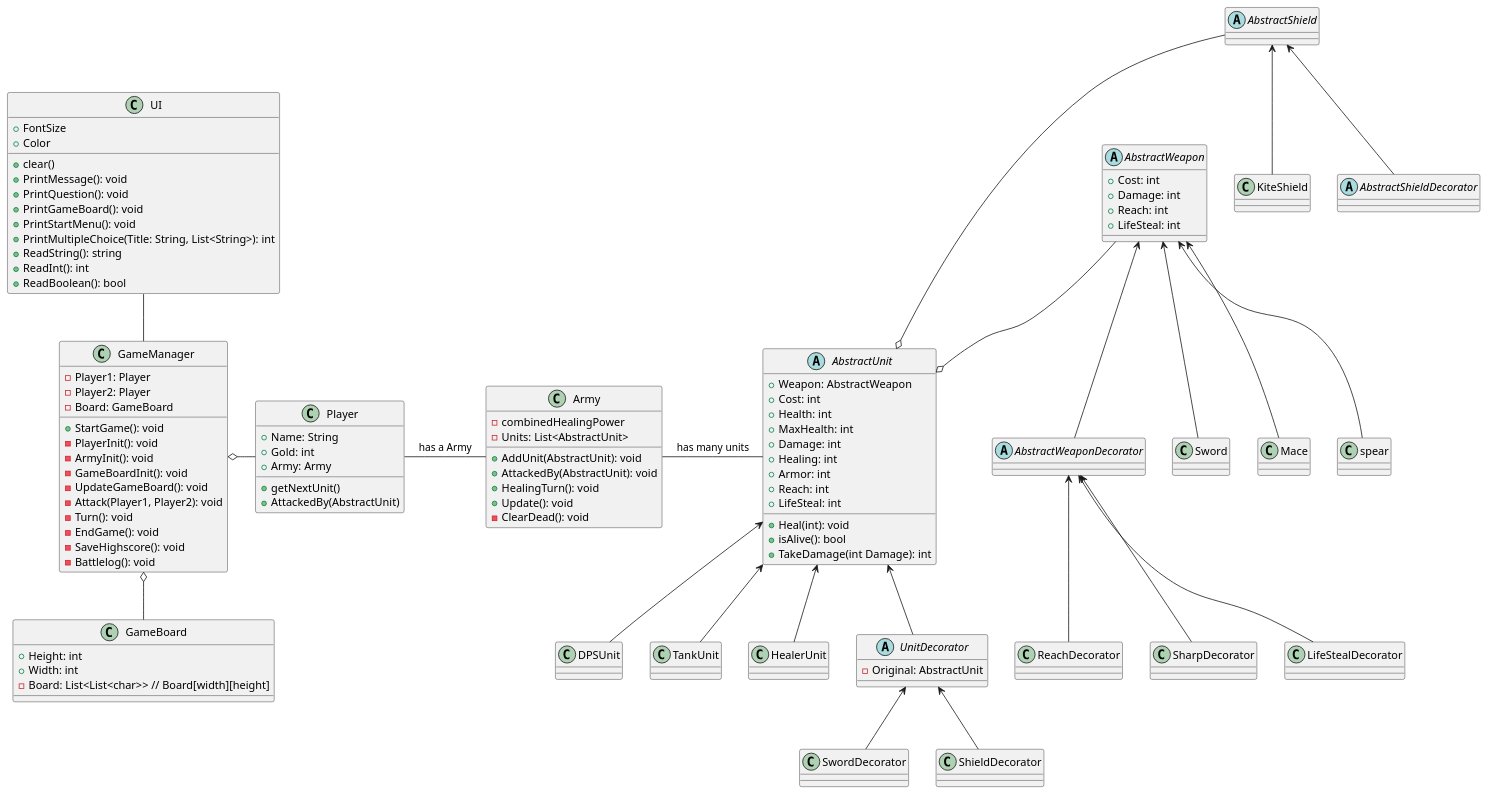
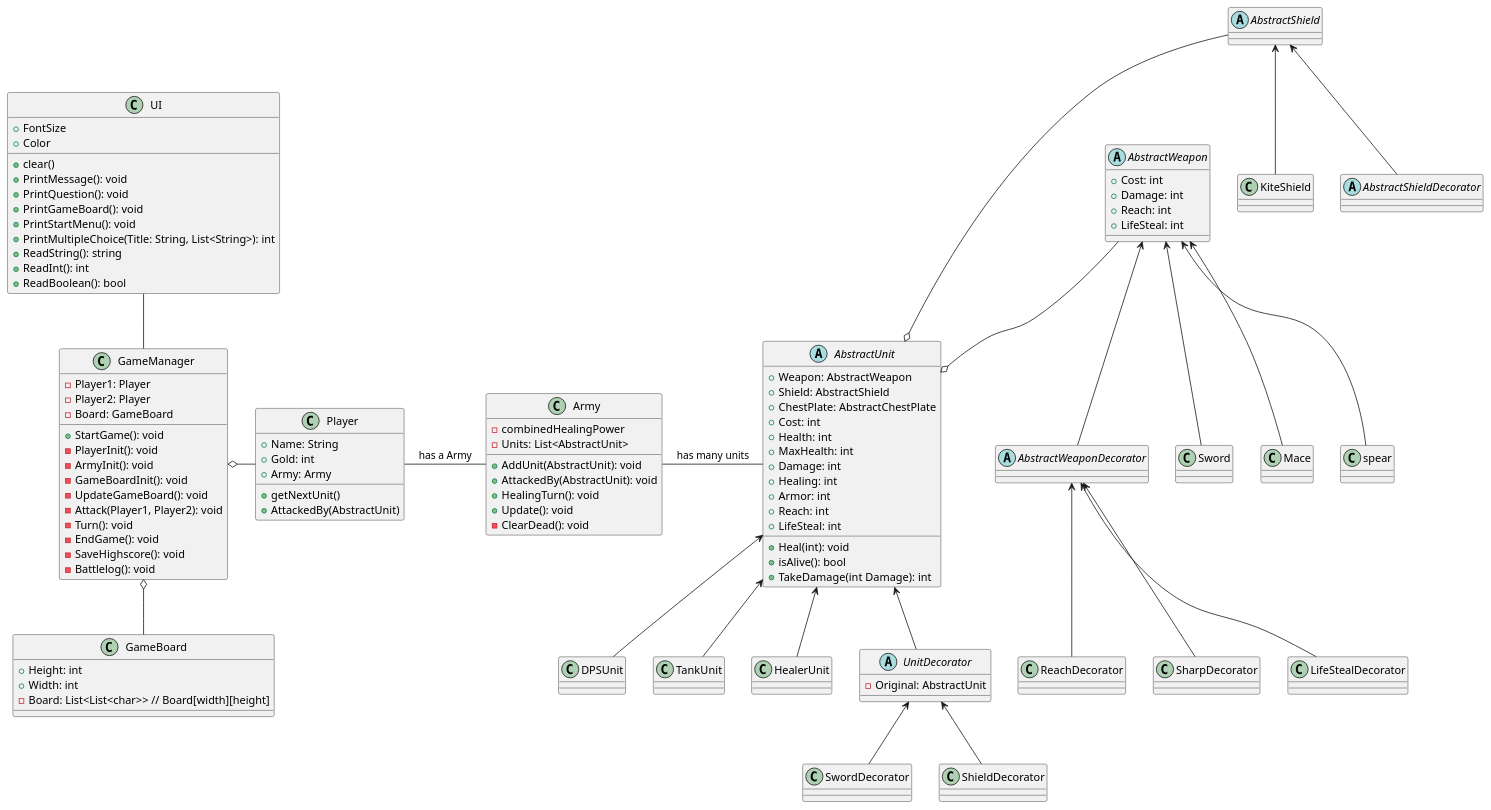
Before and after one commit to Fargekritt/SoftwareDesignEksamen: the diagram in SoftwareDesignEksamen/Eksamen.puml, drawn with PlantUML. The commit also changed 1 other file, not shown here.

Commit message:
Update UML

```diff
--- a/SoftwareDesignEksamen/Eksamen.puml
+++ b/SoftwareDesignEksamen/Eksamen.puml
@@ -1,127 +1,129 @@
 @startuml
 'https://plantuml.com/class-diagram
 class UI{
 + FontSize
 + Color
 + clear()
 + PrintMessage(): void
 + PrintQuestion(): void
 + PrintGameBoard(): void
 + PrintStartMenu(): void
 + PrintMultipleChoice(Title: String, List<String>): int
 + ReadString(): string
 + ReadInt(): int
 + ReadBoolean(): bool
 }
 class GameManager{
 - Player1: Player
 - Player2: Player
 - Board: GameBoard 
 + StartGame(): void
 - PlayerInit(): void
 - ArmyInit(): void
 - GameBoardInit(): void
 - UpdateGameBoard(): void
 - Attack(Player1, Player2): void
 - Turn(): void
 - EndGame(): void
 - SaveHighscore(): void
 - Battlelog(): void
 }
 class GameBoard{
 + Height: int
 + Width: int
 - Board: List<List<char>> // Board[width][height]
 }
 
 
 class Army {
 - combinedHealingPower
 - Units: List<AbstractUnit>
 + AddUnit(AbstractUnit): void
 + AttackedBy(AbstractUnit): void
 + HealingTurn(): void
 + Update(): void
 - ClearDead(): void
 }
 class Player{
 + Name: String
 + Gold: int
 + Army: Army
 + getNextUnit()
 + AttackedBy(AbstractUnit)
 }
 
 abstract class AbstractUnit{
 + Weapon: AbstractWeapon
++ Shield: AbstractShield
++ ChestPlate: AbstractChestPlate
 + Cost: int
 + Health: int
 + MaxHealth: int
 + Damage: int
 + Healing: int
 + Armor: int
 + Reach: int
 + Heal(int): void
 + LifeSteal: int
 + isAlive(): bool
 + TakeDamage(int Damage): int
 }
 class DPSUnit
 class TankUnit
 class HealerUnit
 abstract class UnitDecorator{
 - Original: AbstractUnit
 }
 class SwordDecorator
 class ShieldDecorator
 
 abstract class AbstractWeapon{
 + Cost: int
 + Damage: int
 + Reach: int
 + LifeSteal: int
 }
 
 abstract class AbstractWeaponDecorator
 class ReachDecorator
 class SharpDecorator
 class LifeStealDecorator
 
 abstract class AbstractShield
 class KiteShield
 
 abstract class AbstractShieldDecorator
 
 class Sword
 class Mace
 class spear
 
 AbstractShield <-- AbstractShieldDecorator
 AbstractShield <-- KiteShield
 
 AbstractWeapon <-- AbstractWeaponDecorator
 AbstractWeapon <-- Sword
 AbstractWeapon <-- Mace
 AbstractWeapon <-- spear
 
 AbstractWeaponDecorator <-- ReachDecorator
 AbstractWeaponDecorator <-- SharpDecorator
 AbstractWeaponDecorator <-- LifeStealDecorator
 
 UI -- GameManager
 GameManager o- Player
 GameManager o-- GameBoard
 Player - Army : has a Army
 Army - AbstractUnit : has many units
 AbstractWeapon --o AbstractUnit
 AbstractShield ---o AbstractUnit
 AbstractUnit <-- DPSUnit
 AbstractUnit <-- TankUnit
 AbstractUnit <-- HealerUnit
 AbstractUnit <-- UnitDecorator
 UnitDecorator <-- ShieldDecorator
 UnitDecorator <-- SwordDecorator
 
 
 
 @enduml
```
